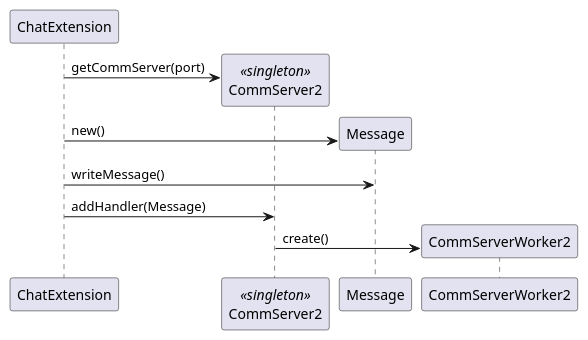
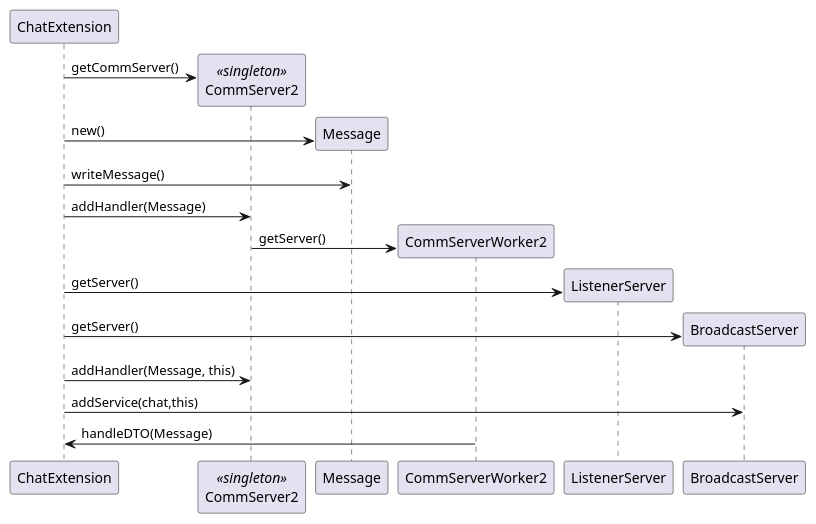
The diagram in src/main/java/lapr4/green/s1/ipc/n1140618/ChatApplication/ipc05.1_design.puml (PeFerreira98/ISEP.Lic.LAPR4_2017), drawn with PlantUML before and after one commit. The commit also changed 4 other files, not shown here.

```diff
--- a/src/main/java/lapr4/green/s1/ipc/n1140618/ChatApplication/ipc05.1_design.puml
+++ b/src/main/java/lapr4/green/s1/ipc/n1140618/ChatApplication/ipc05.1_design.puml
@@ -1,20 +1,33 @@
 @startuml ipc05.1_design.png
 
 participant "ChatExtension"
 participant "CommServer2" <<singleton>>
 participant "Message"
 participant "CommServerWorker2"
+participant "ListenerServer"
+participant "BroadcastServer"
 
 create CommServer2
-ChatExtension -> CommServer2 : getCommServer(port)
+ChatExtension -> CommServer2 : getCommServer()
 
 create Message
 ChatExtension -> Message : new()
 ChatExtension -> Message : writeMessage()
 
 ChatExtension -> CommServer2 : addHandler(Message)
 
 create CommServerWorker2
-CommServer2 -> CommServerWorker2 : create()
+CommServer2 -> CommServerWorker2 : getServer()
+
+create ListenerServer
+ChatExtension -> ListenerServer : getServer()
+
+create BroadcastServer
+ChatExtension -> BroadcastServer : getServer()
+
+ChatExtension -> CommServer2 : addHandler(Message, this)
+ChatExtension -> BroadcastServer : addService(chat,this)
+
+CommServerWorker2 ->ChatExtension : handleDTO(Message)
 
 @enduml
```
